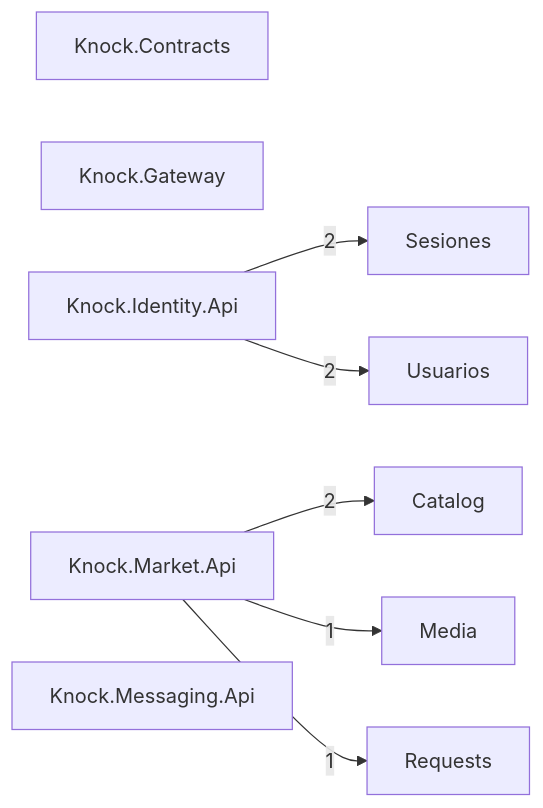
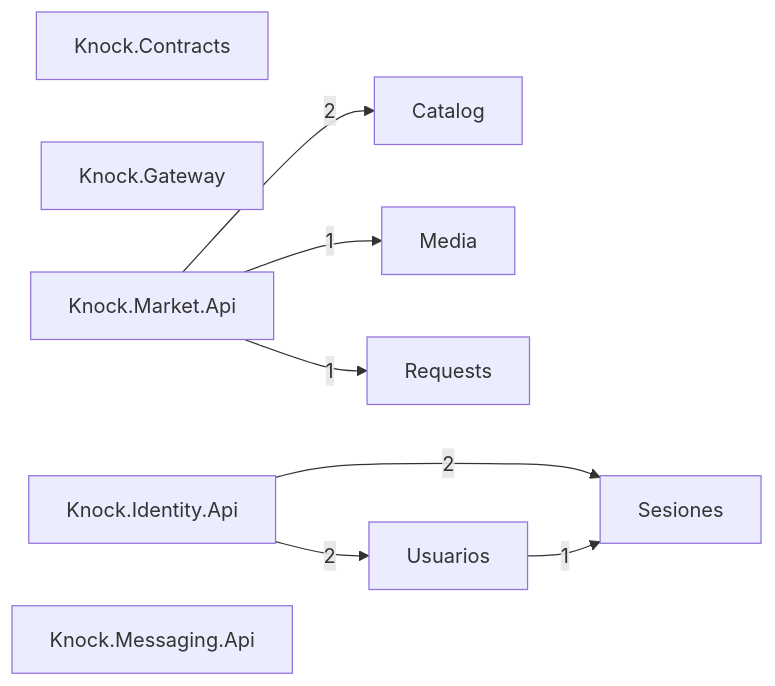
The diagram in docs/architecture/modules.mmd (Tensei-Devs/knock-backend), drawn with Mermaid before and after one commit. The commit also changed 10 other files, not shown here.

```diff
--- a/docs/architecture/modules.mmd
+++ b/docs/architecture/modules.mmd
@@ -1,16 +1,17 @@
 graph LR
   Catalog["Catalog"]
   Knock_Contracts["Knock.Contracts"]
   Knock_Gateway["Knock.Gateway"]
   Knock_Identity_Api["Knock.Identity.Api"]
   Knock_Market_Api["Knock.Market.Api"]
   Knock_Messaging_Api["Knock.Messaging.Api"]
   Media["Media"]
   Requests["Requests"]
   Sesiones["Sesiones"]
   Usuarios["Usuarios"]
   Knock_Identity_Api -->|2| Sesiones
   Knock_Identity_Api -->|2| Usuarios
   Knock_Market_Api -->|2| Catalog
   Knock_Market_Api -->|1| Media
   Knock_Market_Api -->|1| Requests
+  Usuarios -->|1| Sesiones
```
